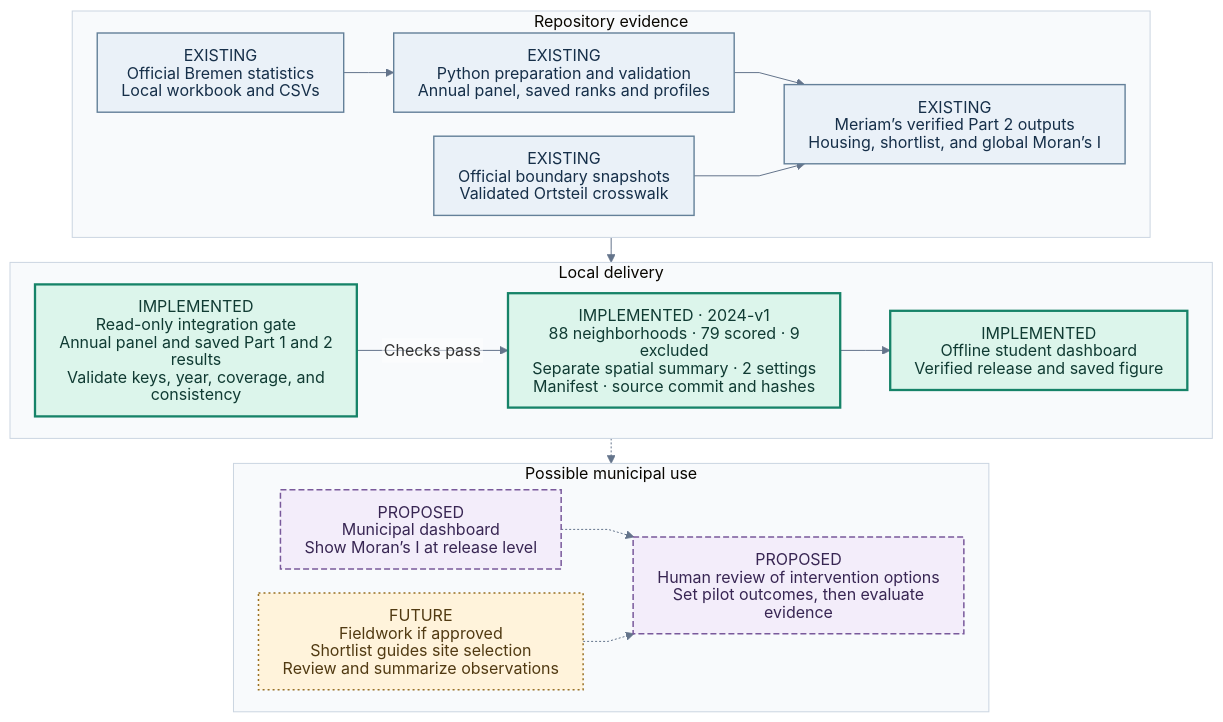
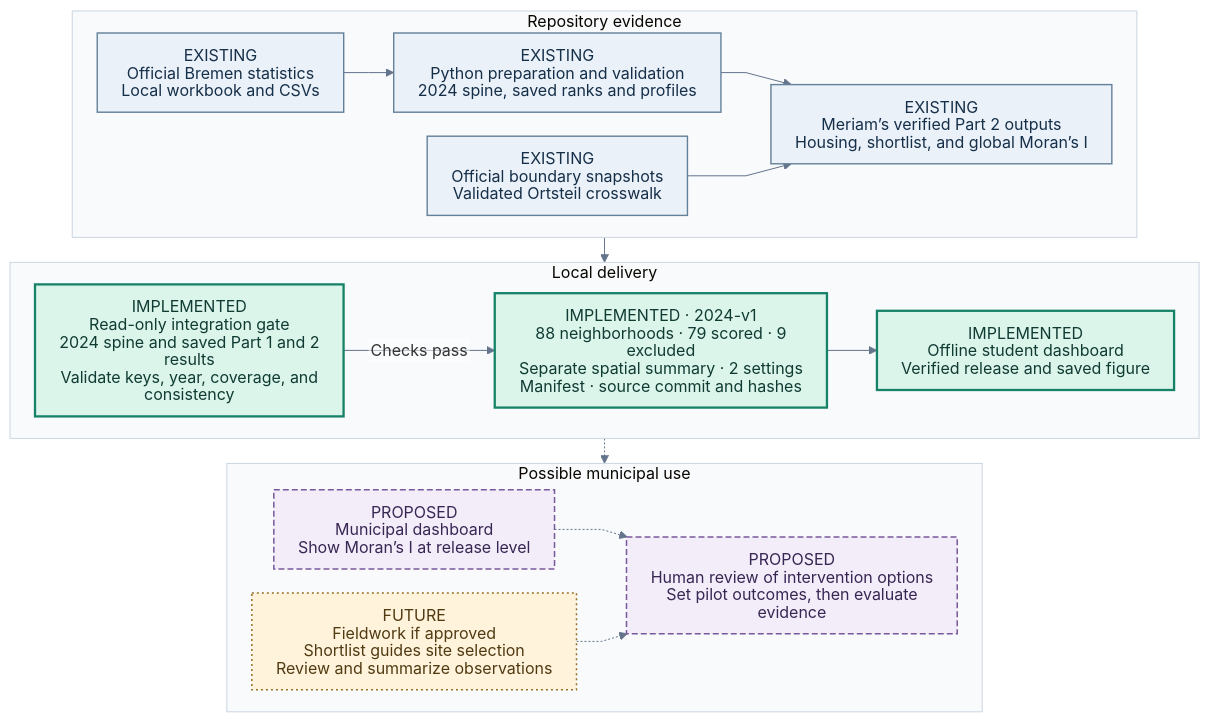
Before and after one commit to ayaa137/Bremen-Smart-Governance: the diagram in architecture/part2/data_flow.mmd, drawn with Mermaid. The commit also changed 10 other files, not shown here.

Commit message:
Harden Part 2 integration validation and verify governance dashboard

```diff
--- a/architecture/part2/data_flow.mmd
+++ b/architecture/part2/data_flow.mmd
@@ -1,43 +1,43 @@
 %%{init: {"theme":"base","htmlLabels":false,"flowchart":{"htmlLabels":false,"curve":"linear","nodeSpacing":24,"rankSpacing":25,"padding":12,"wrappingWidth":300},"themeVariables":{"fontFamily":"Arial, sans-serif","fontSize":"16px","lineColor":"#64748b","clusterBkg":"#f8fafc","clusterBorder":"#cbd5e1","edgeLabelBackground":"#ffffff"},"themeCSS":"text { font-family: Arial, sans-serif; } .cluster-label text { font-weight: 700; }"}}%%
 flowchart TB
     accTitle: Bremen Smart Governance Part 2 data flow
     accDescr: Official statistics and boundaries support the saved Part 1 and Part 2 analyses. Implemented integration feeds the offline student dashboard with the 2024-v1 release, keeping global spatial context separate. Dashed handoffs lead to proposed municipal review and fieldwork if approved.
 
     subgraph EVIDENCE["Repository evidence"]
         direction LR
         STATS["EXISTING<br/>Official Bremen statistics<br/>Local workbook and CSVs"]
         GEO["EXISTING<br/>Official boundary snapshots<br/>Validated Ortsteil crosswalk"]
-        BASE["EXISTING<br/>Python preparation and validation<br/>Annual panel, saved ranks and profiles"]
+        BASE["EXISTING<br/>Python preparation and validation<br/>2024 spine, saved ranks and profiles"]
         PART2["EXISTING<br/>Meriam’s verified Part 2 outputs<br/>Housing, shortlist, and global Moran’s I"]
         STATS --> BASE --> PART2
         GEO --> PART2
     end
 
     subgraph INTEGRATION["Local delivery"]
         direction LR
-        JOIN["IMPLEMENTED<br/>Read-only integration gate<br/>Annual panel and saved Part 1 and 2 results<br/>Validate keys, year, coverage, and consistency"]
+        JOIN["IMPLEMENTED<br/>Read-only integration gate<br/>2024 spine and saved Part 1 and 2 results<br/>Validate keys, year, coverage, and consistency"]
         RELEASE["IMPLEMENTED · 2024-v1<br/>88 neighborhoods · 79 scored · 9 excluded<br/>Separate spatial summary · 2 settings<br/>Manifest · source commit and hashes"]
         PROTOTYPE["IMPLEMENTED<br/>Offline student dashboard<br/>Verified release and saved figure"]
         JOIN -->|Checks pass| RELEASE --> PROTOTYPE
     end
 
     subgraph MUNICIPAL["Possible municipal use"]
         direction LR
         COMPARE["PROPOSED<br/>Municipal dashboard<br/>Show Moran’s I at release level"]
         FIELD["FUTURE<br/>Fieldwork if approved<br/>Shortlist guides site selection<br/>Review and summarize observations"]
         REVIEW["PROPOSED<br/>Human review of intervention options<br/>Set pilot outcomes, then evaluate evidence"]
         COMPARE -.-> REVIEW
         FIELD -.-> REVIEW
     end
 
     EVIDENCE --> INTEGRATION
     INTEGRATION -.-> MUNICIPAL
 
     classDef existing fill:#eaf1f8,stroke:#648099,color:#162f49,stroke-width:1.4px
     classDef implemented fill:#dcf5eb,stroke:#168368,color:#103b33,stroke-width:2.3px
     classDef proposed fill:#f3edfa,stroke:#79599b,color:#382653,stroke-width:1.5px,stroke-dasharray:6 3
     classDef future fill:#fff3db,stroke:#987025,color:#513a12,stroke-width:1.5px,stroke-dasharray:2 3
     class STATS,GEO,BASE,PART2 existing
     class JOIN,RELEASE,PROTOTYPE implemented
     class COMPARE,REVIEW proposed
     class FIELD future
```
